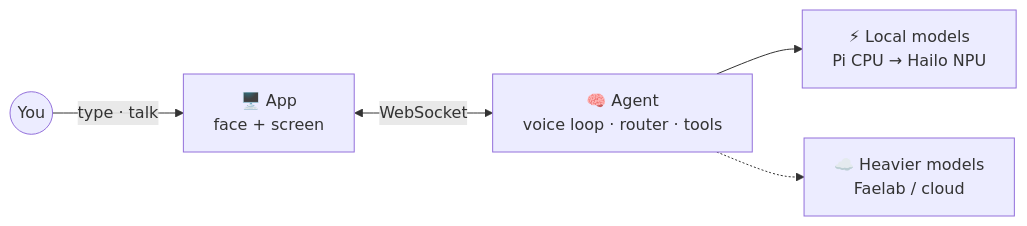
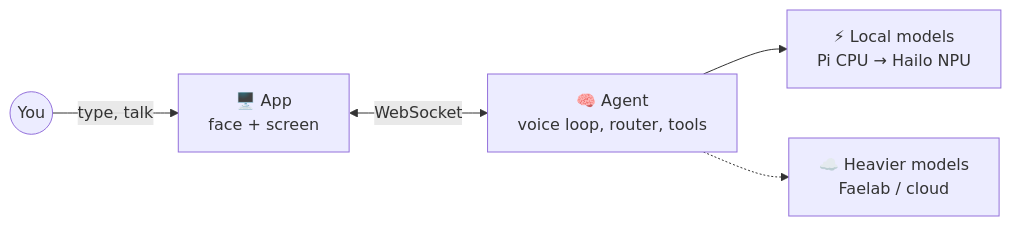
Before and after one commit to faering/jarvis: the first of 2 diagrams in README.md, drawn with Mermaid. The commit also changed other lines of this file and 1 other file, not shown here.

````diff
--- a/README.md
+++ b/README.md
@@ -20,7 +23,7 @@
 ```mermaid
 flowchart LR
-  you((You)) -- "type · talk" --> app["🖥️ App<br/>face + screen"]
-  app <-- WebSocket --> agent["🧠 Agent<br/>voice loop · router · tools"]
+  you((You)) -- "type, talk" --> app["🖥️ App<br/>face + screen"]
+  app <-- WebSocket --> agent["🧠 Agent<br/>voice loop, router, tools"]
   agent --> local["⚡ Local models<br/>Pi CPU → Hailo NPU"]
   agent -.-> heavy["☁️ Heavier models<br/>Faelab / cloud"]
 ```
````
